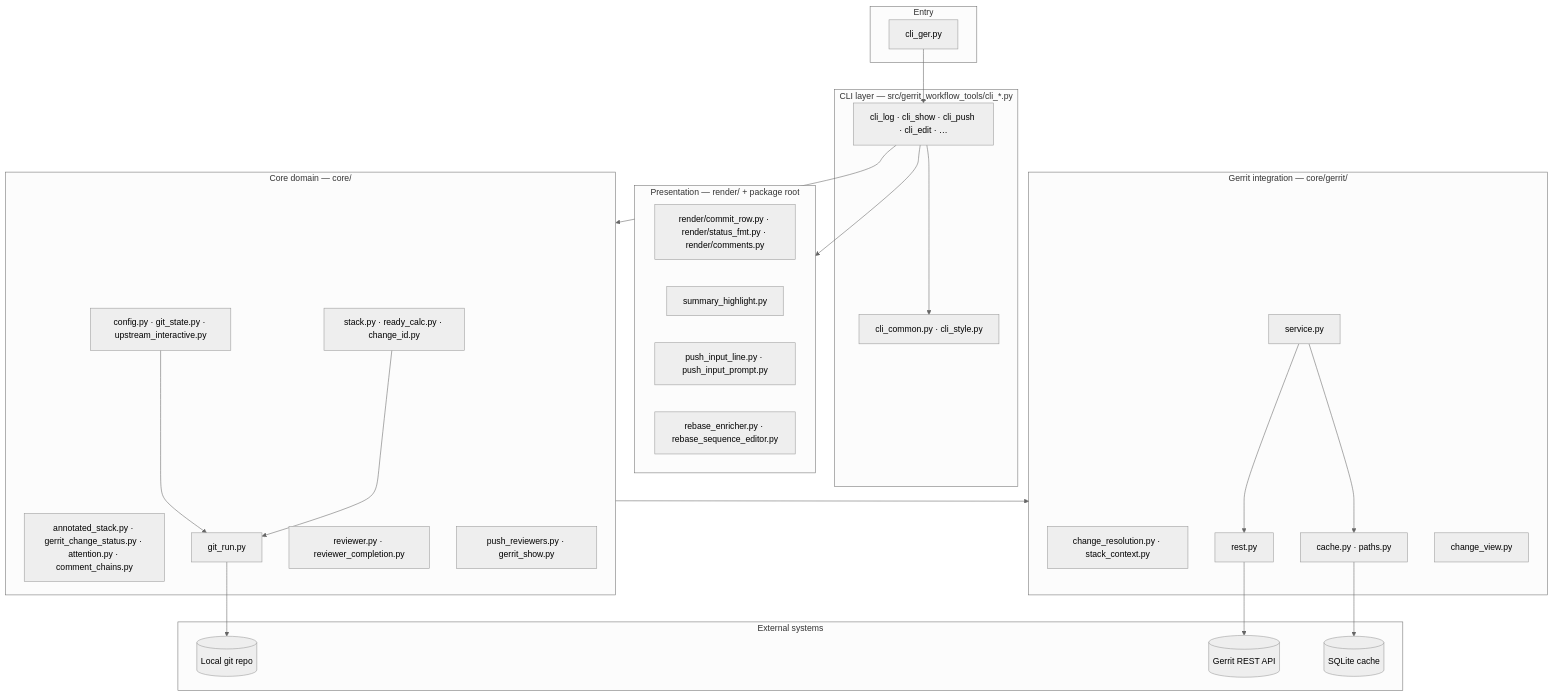
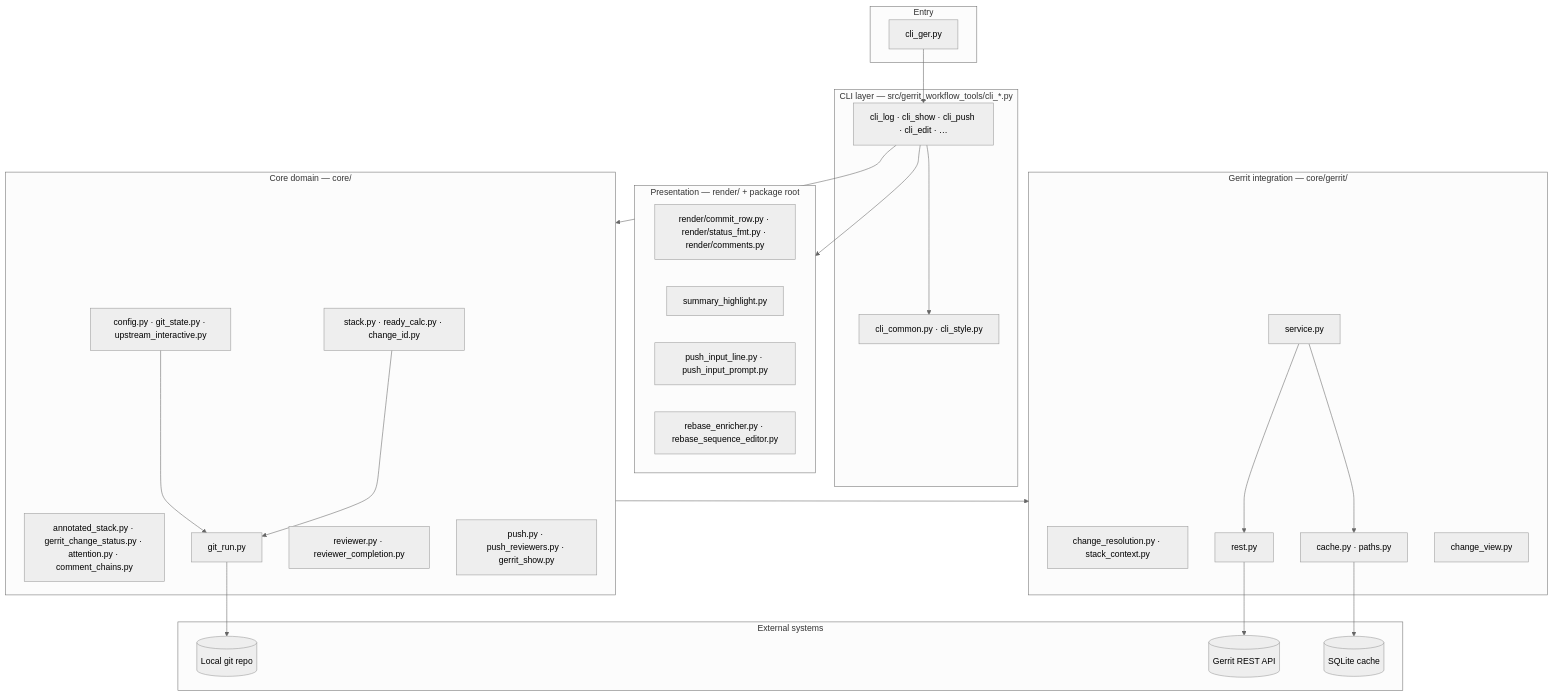
Before and after one commit to togrue/gerrit-workflow-tools: the first of 8 diagrams in docu/architecture.md, drawn with Mermaid (neutral theme). The commit also changed other lines of this file and 9 other files, not shown here.

First line of the commit message:
Move ger push planning and execution into core

````diff
--- a/docu/architecture.md
+++ b/docu/architecture.md
@@ -29,54 +29,54 @@
 ```mermaid
 flowchart TB
   subgraph entry [Entry]
     ger[cli_ger.py]
   end
 
   subgraph cli [CLI layer — src/gerrit_workflow_tools/cli_*.py]
     common[cli_common.py · cli_style.py]
     commands[cli_log · cli_show · cli_push · cli_edit · …]
   end
 
   subgraph presentation [Presentation — render/ + package root]
     render[render/commit_row.py · render/status_fmt.py · render/comments.py]
     highlight[summary_highlight.py]
     push_ui[push_input_line.py · push_input_prompt.py]
     rebase_hook[rebase_enricher.py · rebase_sequence_editor.py]
   end
 
   subgraph core [Core domain — core/]
     stack[stack.py · ready_calc.py · change_id.py]
     status[annotated_stack.py · gerrit_change_status.py · attention.py · comment_chains.py]
     config[config.py · git_state.py · upstream_interactive.py]
     git[git_run.py]
     reviewers[reviewer.py · reviewer_completion.py]
-    push_core[push_reviewers.py · gerrit_show.py]
+    push_core[push.py · push_reviewers.py · gerrit_show.py]
   end
 
   subgraph gerrit [Gerrit integration — core/gerrit/]
     resolution[change_resolution.py · stack_context.py]
     service[service.py]
     rest[rest.py]
     cache[cache.py · paths.py]
     view[change_view.py]
   end
 
   subgraph external [External systems]
     git_repo[(Local git repo)]
     gerrit_api[(Gerrit REST API)]
     sqlite[(SQLite cache)]
   end
 
   ger --> commands
   commands --> common
   commands --> core
   commands --> presentation
   core --> gerrit
   service --> rest
   service --> cache
   rest --> gerrit_api
   cache --> sqlite
   stack --> git
   config --> git
   git --> git_repo
 ```
````
